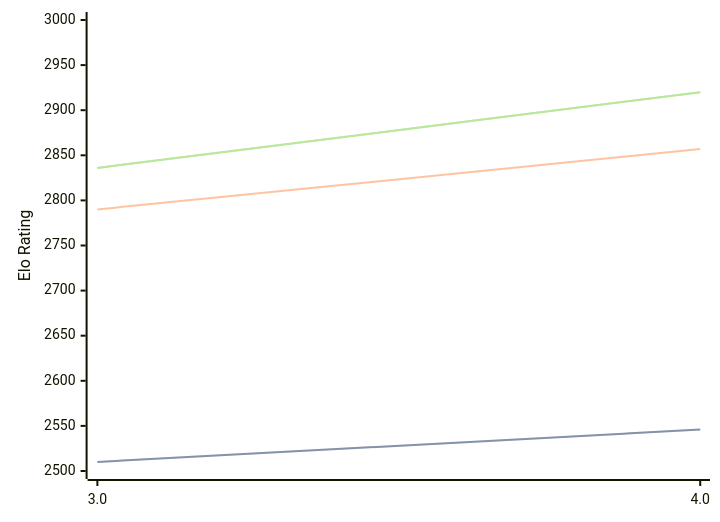
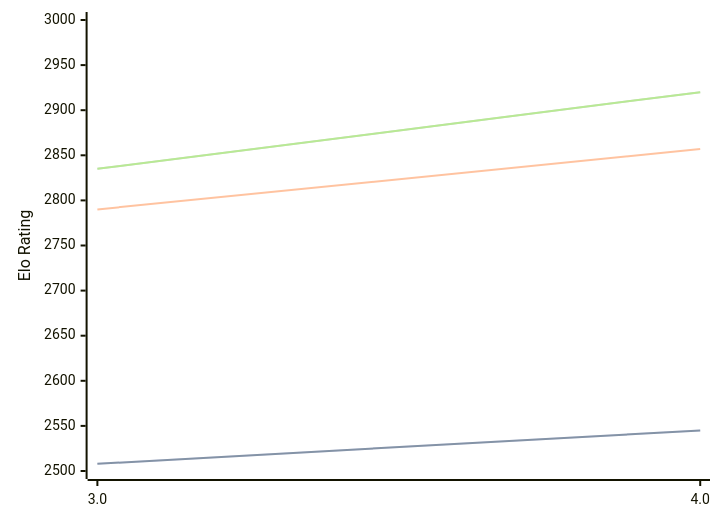
The diagram in engines/Chess3.md (computer-chess-index/cci), drawn with Mermaid before and after one commit. The commit also changed other lines of this file, not shown here.

Commit message:
Update CCI Ratings (ELO VLTC) - 2026-04-17

````diff
--- a/engines/Chess3.md
+++ b/engines/Chess3.md
@@ -34,11 +34,11 @@
 ```mermaid
 %%{init: {"theme":"base","themeVariables":{"seriesColors:['#a3a3a3','#222221','#faa371']}}}%%
 xychart-beta
   x-axis ["3.0", "4.0"]
   y-axis "Elo Rating" 2500 --> 3000
-  line "STC (8.0+0.08s)" [2510, 2546]
-  line "STC (8.0+0.08s)" [2510, 2546]
+  line "STC (8.0+0.08s)" [2508, 2545]
+  line "STC (8.0+0.08s)" [2508, 2545]
   line "LTC (60.0+0.60s)" [2790, 2857]
-  line "VLTC (2m24s+1.12s)" [2836, 2920]
-  line "VLTC (2m24s+1.12s)" [2836, 2920]
+  line "VLTC (2m24s+1.12s)" [2835, 2920]
+  line "VLTC (2m24s+1.12s)" [2835, 2920]
 ```
````
